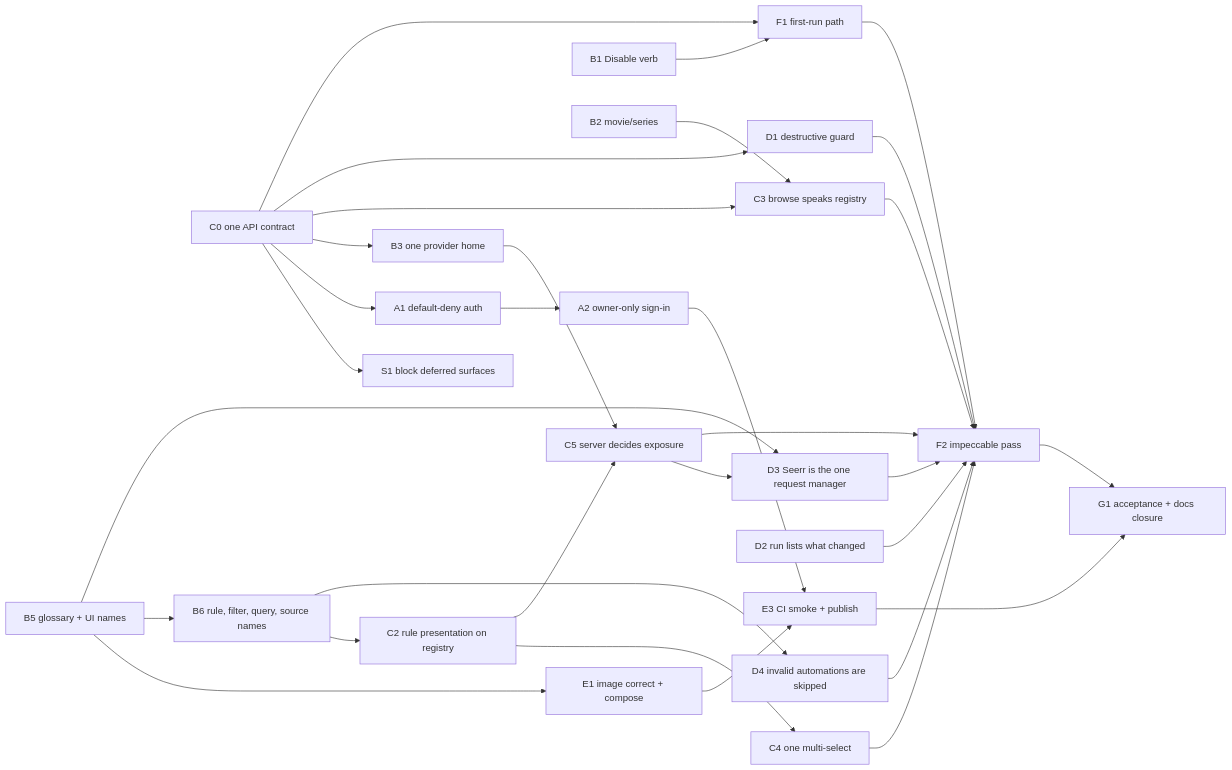
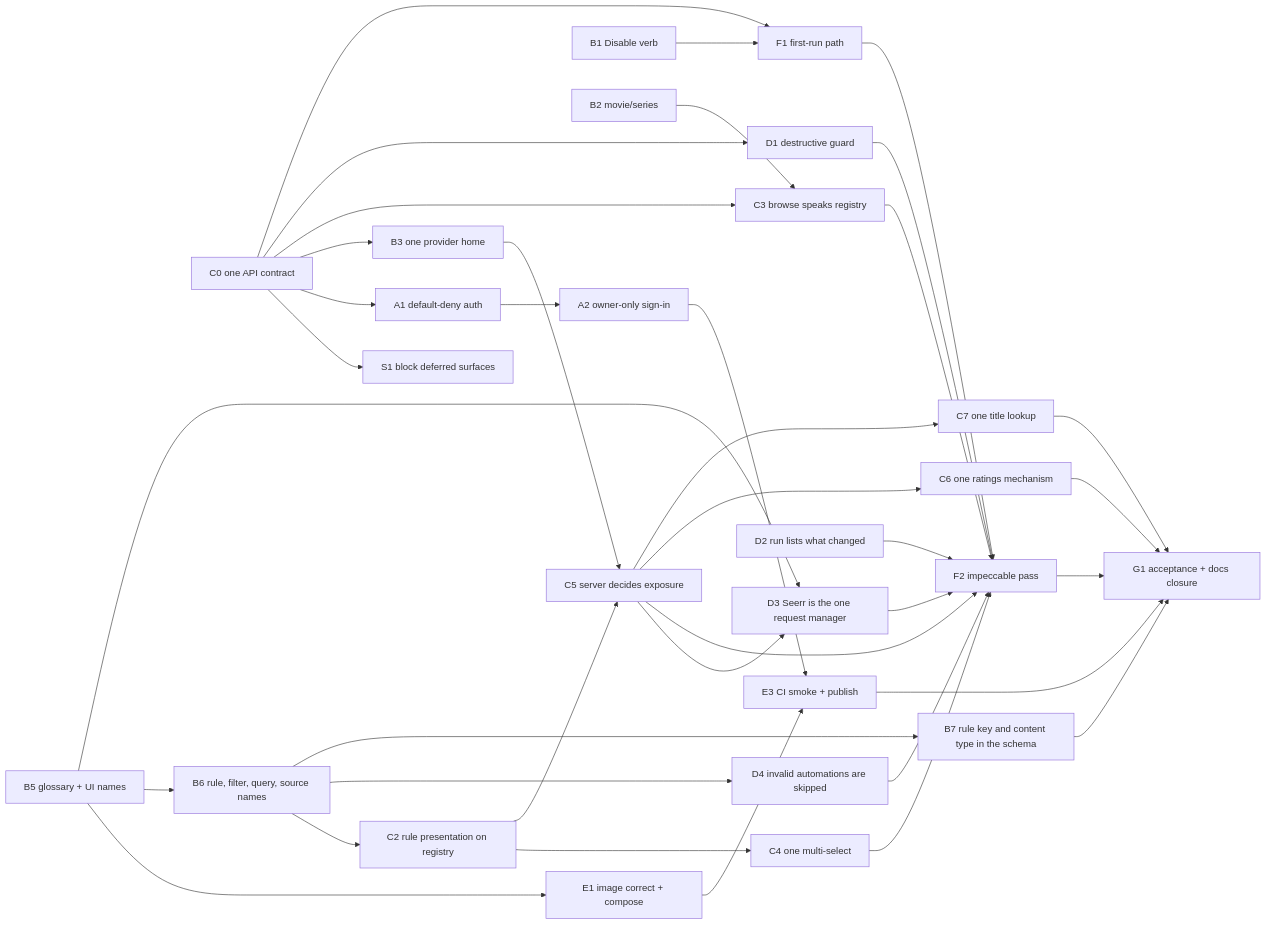
Before and after one commit to nokternol/warden: the diagram in docs/in_progress/mvp/plan.md, drawn with Mermaid. The commit also changed other lines of this file and 90 other files, not shown here.

````diff
--- a/docs/in_progress/mvp/plan.md
+++ b/docs/in_progress/mvp/plan.md
@@ -253,24 +253,27 @@
 ```mermaid
 flowchart LR
   C0[C0 one API contract] --> S1[S1 block deferred surfaces]
   C0 --> A1[A1 default-deny auth]
   C0 --> B3[B3 one provider home]
   A1 --> A2[A2 owner-only sign-in]
   B1[B1 Disable verb] --> F1[F1 first-run path]
   B2[B2 movie/series] --> C3[C3 browse speaks registry]
   B5[B5 glossary + UI names] --> E1
   B5 --> B6[B6 rule, filter, query, source names]
   B6 --> C2[C2 rule presentation on registry]
   B6 --> D4[D4 invalid automations are skipped]
   C0 --> C3
   C0 --> D1[D1 destructive guard]
   C0 --> F1
   C2 --> C4[C4 one multi-select]
   C2 & B3 --> C5[C5 server decides exposure]
   D2[D2 run lists what changed]
   B5 & C5 --> D3[D3 Seerr is the one request manager]
   E1[E1 image correct + compose] --> E3[E3 CI smoke + publish]
   A2 --> E3
   C3 & C4 & C5 & D1 & D2 & D3 & D4 & F1 --> F2[F2 impeccable pass]
-  F2 & E3 --> G1[G1 acceptance + docs closure]
+  B6 --> B7[B7 rule key and content type in the schema]
+  C5 --> C6[C6 one ratings mechanism]
+  C5 --> C7[C7 one title lookup]
+  F2 & E3 & B7 & C6 & C7 --> G1[G1 acceptance + docs closure]
 ```
````
